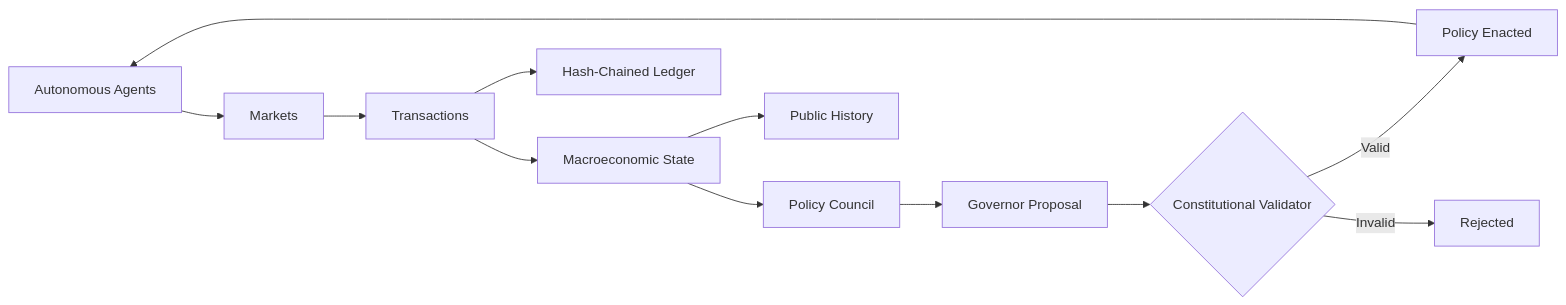
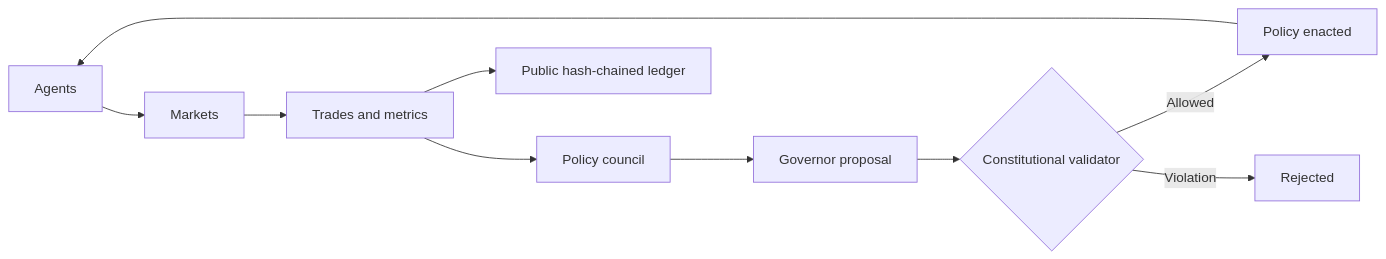
Before and after one commit to SignalLayerLabs/CYMONIA: the diagram in README.md, drawn with Mermaid. The commit also changed other lines of this file and 45 other files, not shown here.

````diff
--- a/README.md
+++ b/README.md
@@ -87,14 +92,12 @@
 ```mermaid
 flowchart LR
-    A[Autonomous Agents] --> B[Markets]
-    B --> C[Transactions]
-    C --> D[Macroeconomic State]
-    D --> E[Policy Council]
-    E --> F[Governor Proposal]
-    F --> G{Constitutional Validator}
-    G -->|Valid| H[Policy Enacted]
-    G -->|Invalid| I[Rejected]
-    H --> A
-    C --> J[Hash-Chained Ledger]
-    D --> K[Public History]
+    A[Agents] --> M[Markets]
+    M --> T[Trades and metrics]
+    T --> C[Policy council]
+    C --> G[Governor proposal]
+    G --> V{Constitutional validator}
+    V -->|Allowed| P[Policy enacted]
+    V -->|Violation| R[Rejected]
+    P --> A
+    T --> L[Public hash-chained ledger]
 ```
````
